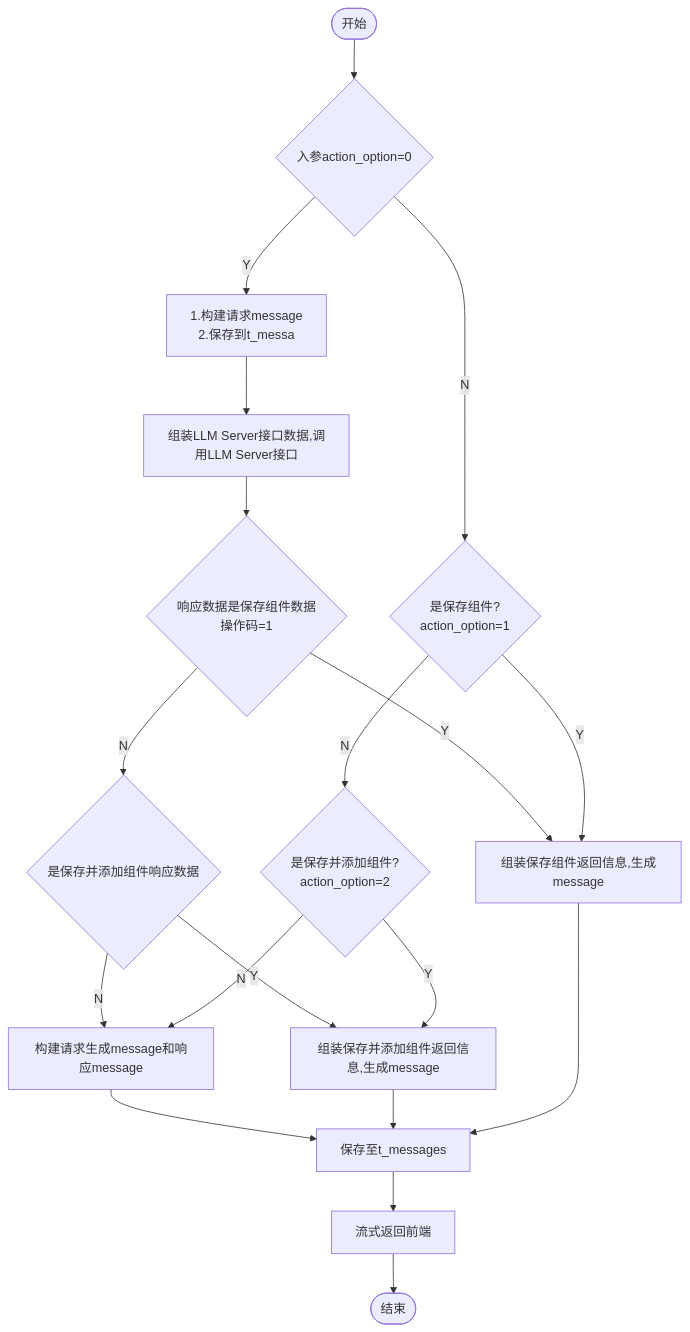
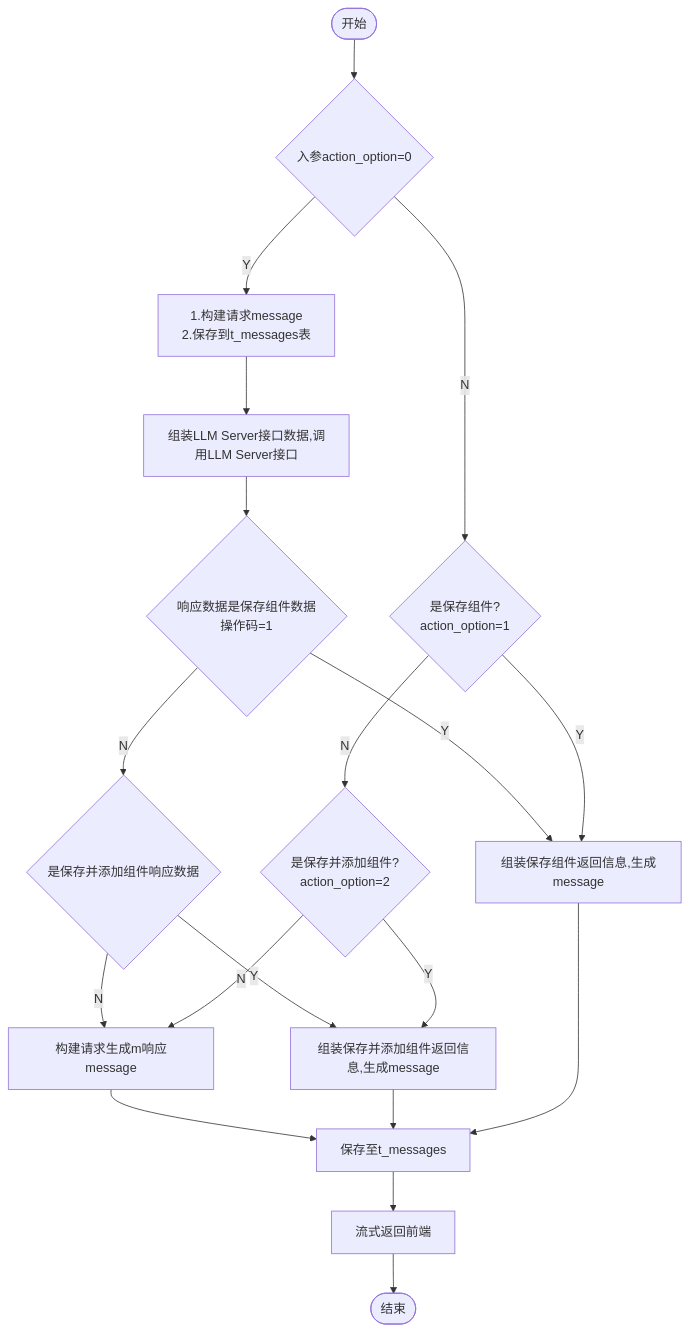
Before and after one commit to yingjianzh/iodraw-files: the diagram in all/添加保存组件.md, drawn with Mermaid.

Commit message:
2024-10-15 15:30:36 update

````diff
--- a/all/添加保存组件.md
+++ b/all/添加保存组件.md
@@ -1,24 +1,24 @@
 ```mermaid
 flowchart TD
     A([开始]) --> B{入参action_option=0}
-    B -- Y --> ReqMessage[1.构建请求message \n 2.保存到t_messa]
+    B -- Y --> ReqMessage[1.构建请求message \n 2.保存到t_messages表]
     ReqMessage --> C[组装LLM Server接口数据,调用LLM Server接口]
     C --> E{响应数据是保存组件数据 \n 操作码=1}
     B -- N --> D{是保存组件? \n action_option=1}
     D -- N --> J{是保存并添加组件? \n action_option=2}
 
     E -- N --> L{是保存并添加组件响应数据}
     E -- Y --> F[组装保存组件返回信息,生成message]
     
-    L -- N --> R[构建请求生成message和响应message]
+    L -- N --> R[构建请求生成m响应message]
     R --> G
     L -- Y --> K
     D -- Y --> F
     
     J -- Y --> K[组装保存并添加组件返回信息,生成message]
     K --> G
     J -- N --> R
     F --> G[保存至t_messages]
     G --> H[流式返回前端]
     H --> I([结束])
 ```
````
